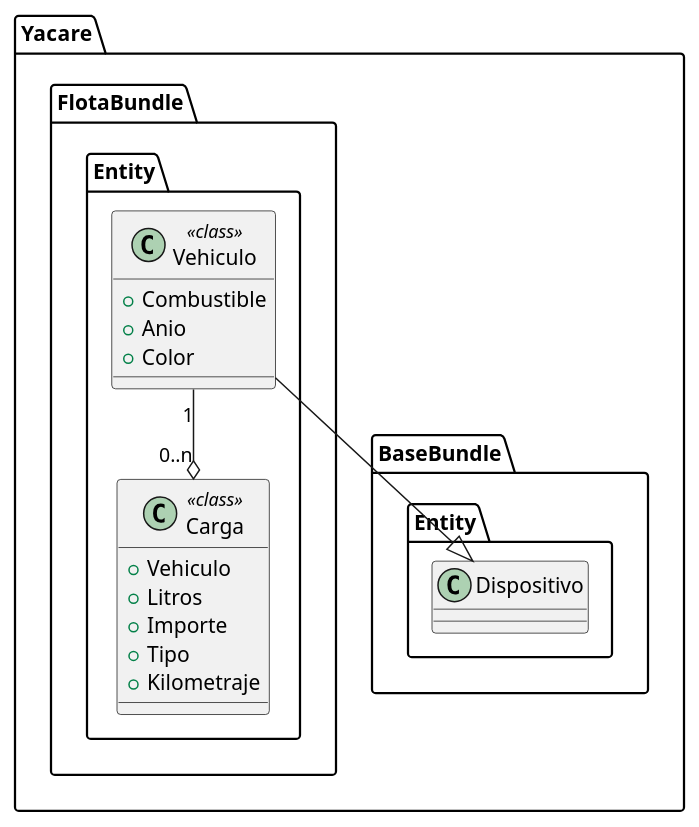
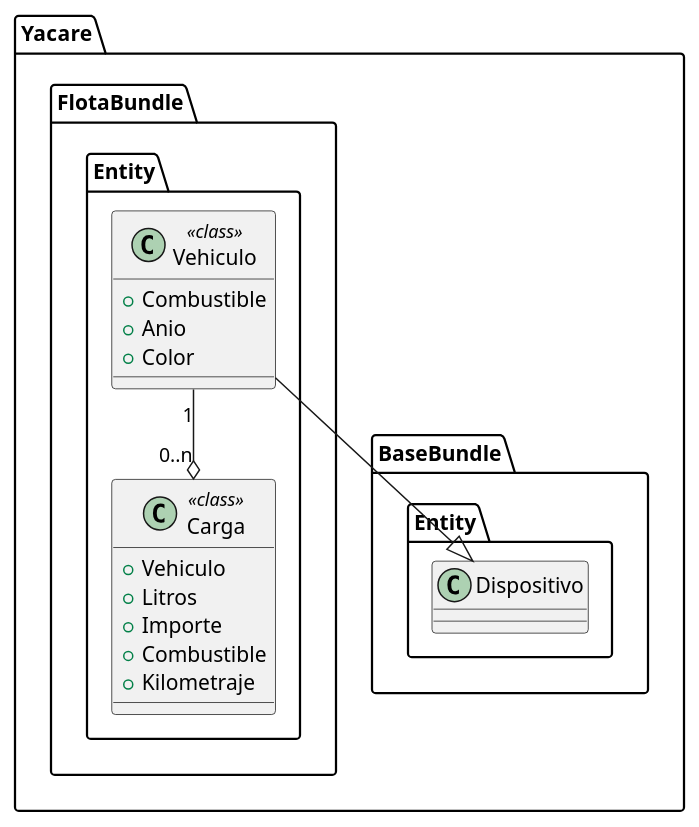
One commit to Drake86cnf/yacare changed the diagram in docs/Clases/Yacare/Flota/DC_Entidades.pu. Above: the diagram before and after it, drawn with PlantUML. The commit also changed 1 other file, not shown here.

```diff
--- a/docs/Clases/Yacare/Flota/DC_Entidades.pu
+++ b/docs/Clases/Yacare/Flota/DC_Entidades.pu
@@ -1,23 +1,23 @@
 @startuml
 
 namespace Yacare.FlotaBundle.Entity  {
 	class Vehiculo <<class>> {
 		+Combustible
 		+Anio
 		+Color
 	}
 	
 	class Carga <<class>> {
 		+Vehiculo
 		+Litros
 		+Importe
-		+Tipo
+		+Combustible
 		+Kilometraje
 	}
 	
 	Vehiculo --|> Yacare.BaseBundle.Entity.Dispositivo
 	
 	Vehiculo "1" --o "0..n" Carga
 }
 
 @enduml
```
